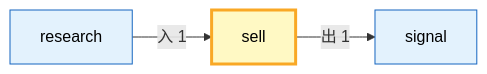
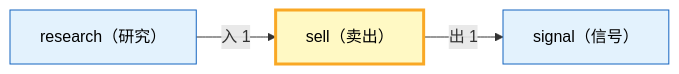
Before and after one commit to xuanFelixVan/ZephyrAlpha: the second of 2 diagrams in docs/02_enterprise_architecture/06_decision_architecture/10_decision_l2a_sell.md, drawn with Mermaid. The commit also changed other lines of this file and 22 other files, not shown here.

First line of the commit message:
docs(decision_arch): 双语标题+跨域图+索引表头跳转链接

````diff
--- a/docs/02_enterprise_architecture/06_decision_architecture/10_decision_l2a_sell.md
+++ b/docs/02_enterprise_architecture/06_decision_architecture/10_decision_l2a_sell.md
@@ -165,11 +165,11 @@
 ```mermaid
 flowchart LR
-    SELF["sell"]:::selfDomain
-    EXT_signal["signal"]:::extDomain
+    SELF["sell（卖出）"]:::selfDomain
+    EXT_signal["signal（信号）"]:::extDomain
     SELF -->|出 1| EXT_signal
-    EXT_research["research"]:::extDomain
+    EXT_research["research（研究）"]:::extDomain
     EXT_research -->|入 1| SELF
 
     classDef selfDomain fill:#fff9c4,stroke:#f9a825,stroke-width:3px,color:#000
     classDef extDomain fill:#e3f2fd,stroke:#1565c0,stroke-width:1px,color:#000
 ```
````
